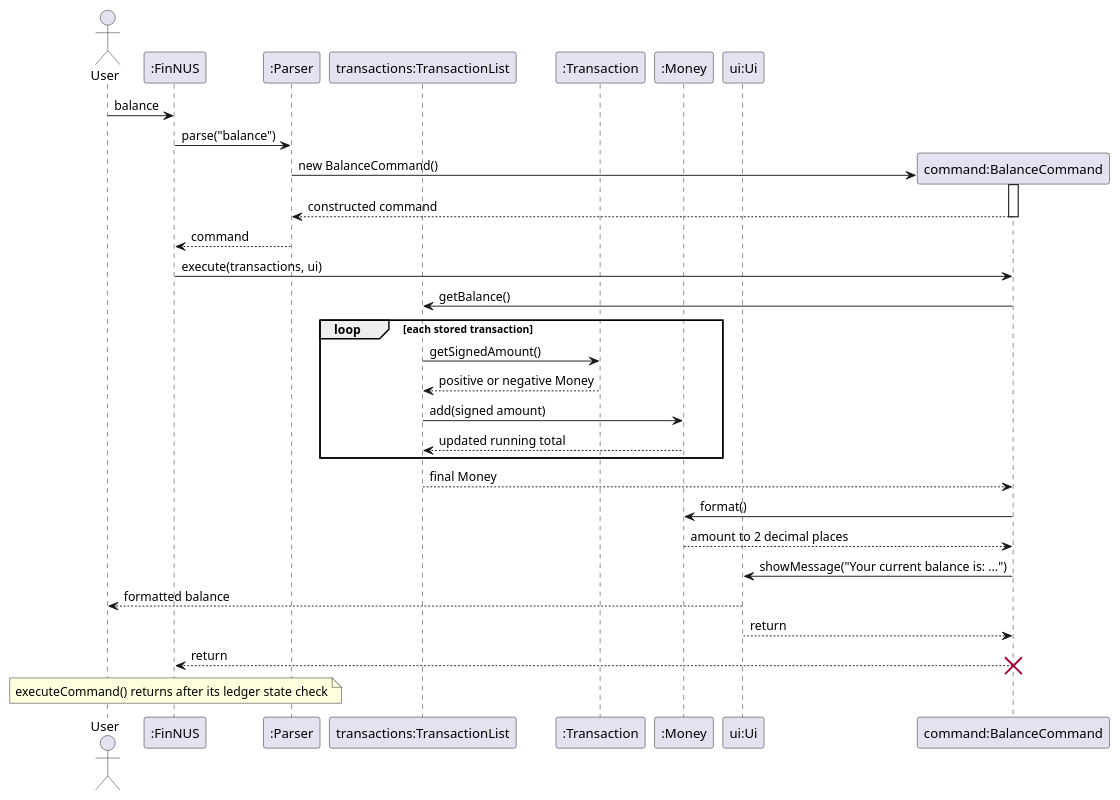
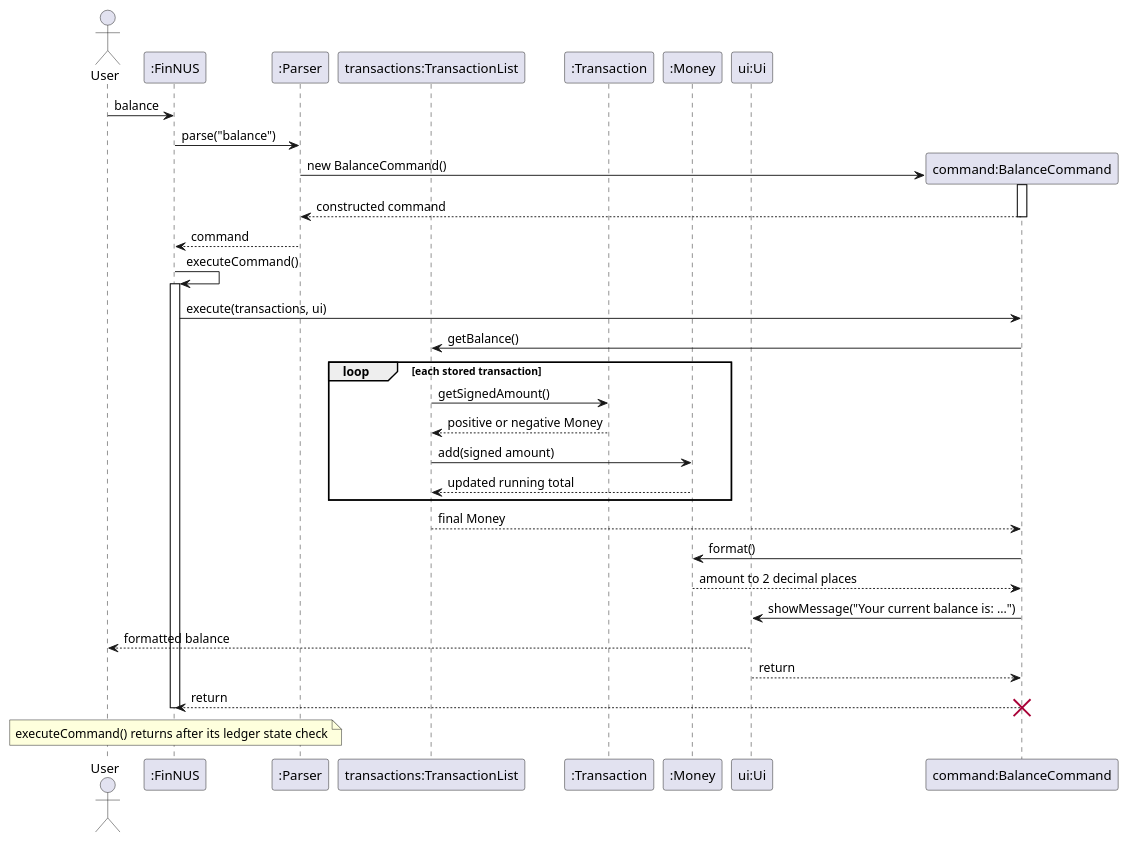
One commit to AY2627S1-CS2113-W13-2/tp changed the third of 3 diagrams in docs/DeveloperGuide.md. Above: the diagram before and after it, drawn with PlantUML. The commit also changed other lines of this file, not shown here.

Commit message:
Add activation box for recent and balance UML diagrams

````diff
--- a/docs/DeveloperGuide.md
+++ b/docs/DeveloperGuide.md
@@ -338,37 +342,40 @@
 ```plantuml
 @startuml
 actor User
 participant ":FinNUS" as FinNUS
 participant ":Parser" as Parser
 participant "transactions:TransactionList" as Ledger
 participant ":Transaction" as Transaction
 participant ":Money" as Money
 participant "ui:Ui" as Ui
 
 User -> FinNUS: balance
 FinNUS -> Parser: parse("balance")
 create "command:BalanceCommand" as Balance
 Parser -> Balance: new BalanceCommand()
 activate Balance
 Balance --> Parser: constructed command
 deactivate Balance
 Parser --> FinNUS: command
+FinNUS -> FinNUS: executeCommand()
+activate FinNUS
 FinNUS -> Balance: execute(transactions, ui)
 Balance -> Ledger: getBalance()
 loop each stored transaction
     Ledger -> Transaction: getSignedAmount()
     Transaction --> Ledger: positive or negative Money
     Ledger -> Money: add(signed amount)
     Money --> Ledger: updated running total
 end
 Ledger --> Balance: final Money
 Balance -> Money: format()
 Money --> Balance: amount to 2 decimal places
 Balance -> Ui: showMessage("Your current balance is: ...")
 Ui --> User: formatted balance
 Ui --> Balance: return
 Balance --> FinNUS: return
+deactivate FinNUS
 note over FinNUS: executeCommand() returns after its ledger state check
 destroy Balance
 @enduml
 ```
````
